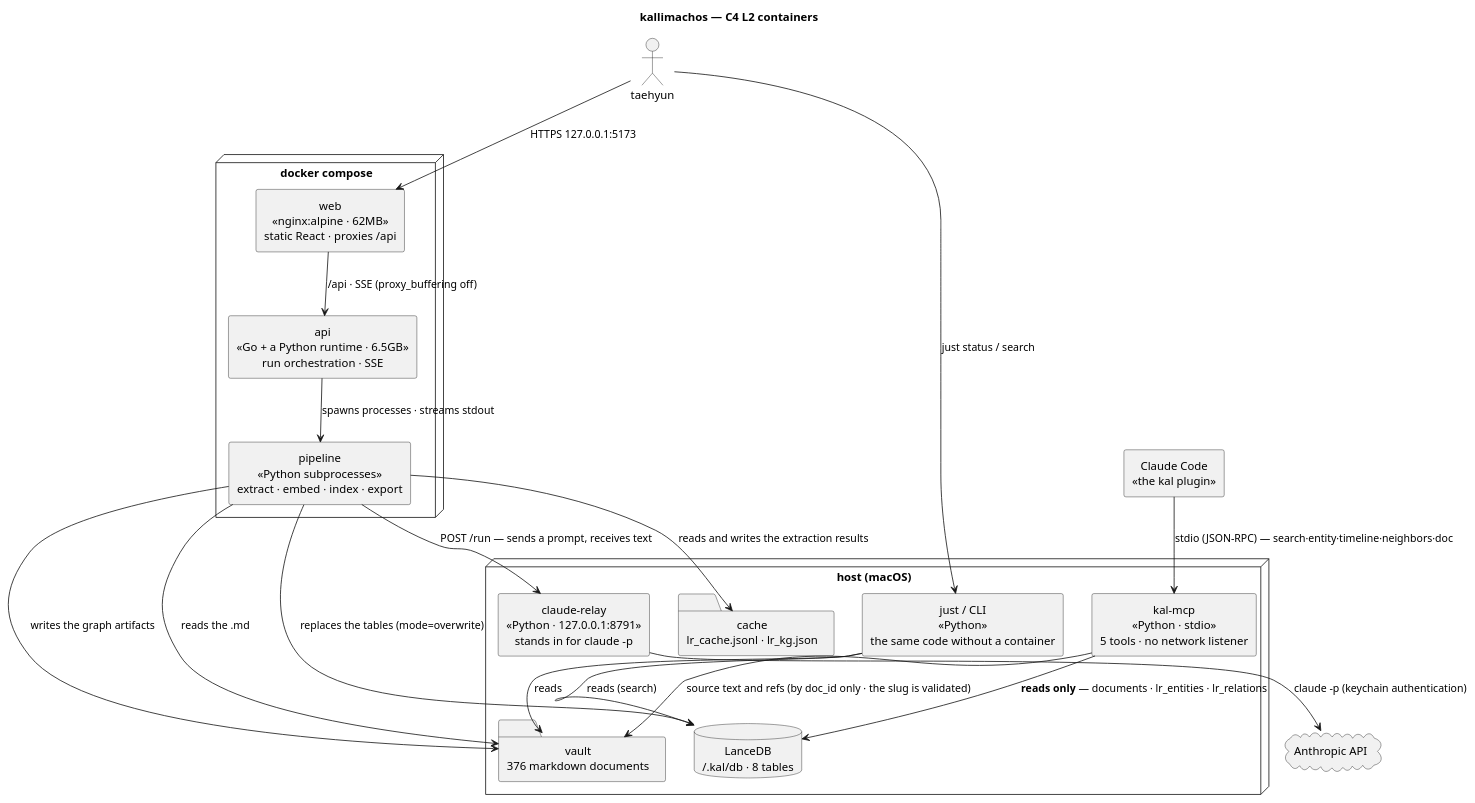
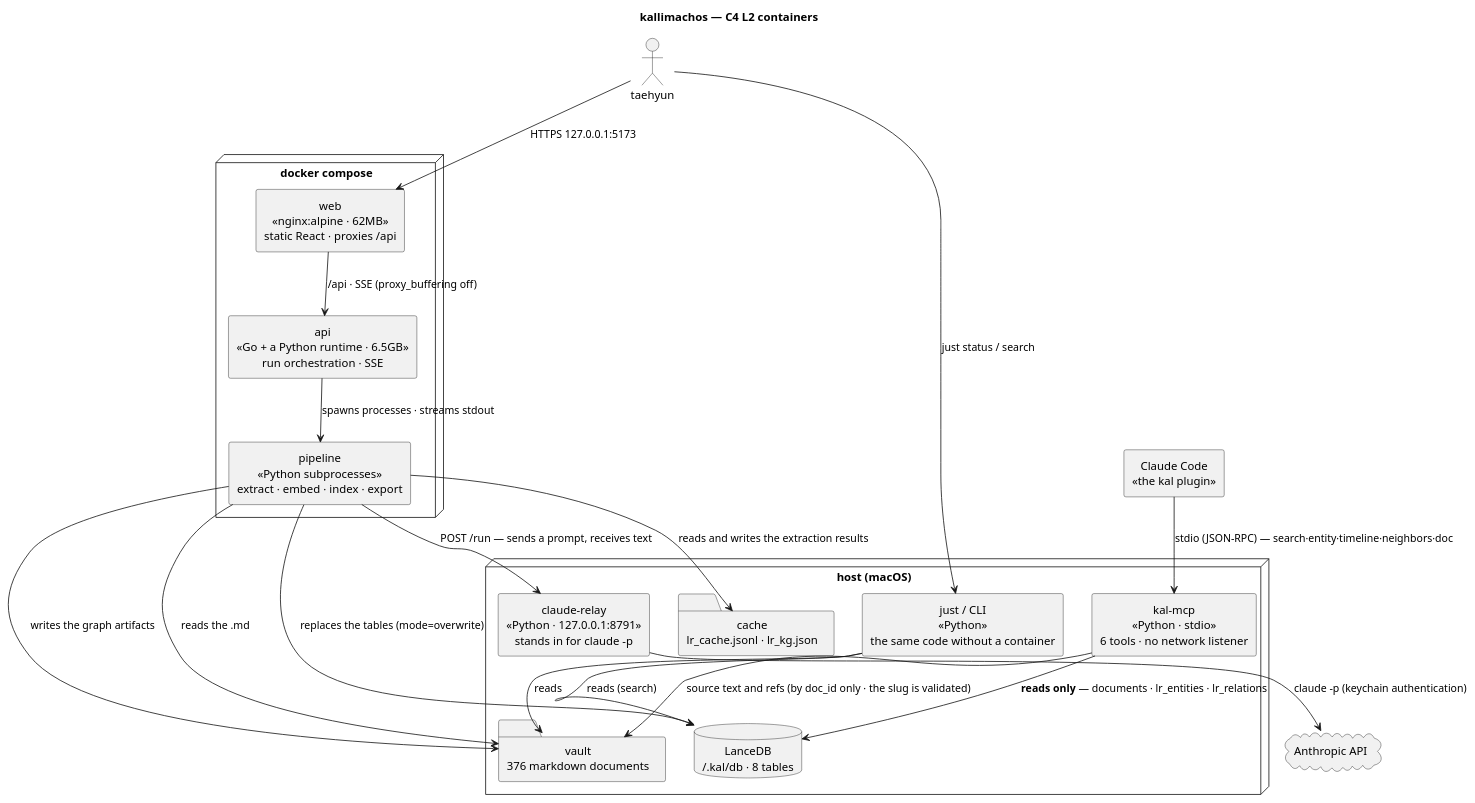
The second of 12 diagrams in docs/ARCHITECTURE.md (HwangTaehyun/kallimachos), drawn with PlantUML before and after one commit. The commit also changed other lines of this file and 12 other files, not shown here.

````diff
--- a/docs/ARCHITECTURE.md
+++ b/docs/ARCHITECTURE.md
@@ -53,46 +53,46 @@
 ```plantuml
 @startuml
 title kallimachos — C4 L2 containers
 
 skinparam componentStyle rectangle
 skinparam defaultTextAlignment center
 
 actor taehyun as U
 
 node "docker compose" {
   component "web\n<<nginx:alpine · 62MB>>\nstatic React · proxies /api" as WEB
   component "api\n<<Go + a Python runtime · 6.5GB>>\nrun orchestration · SSE" as API
   component "pipeline\n<<Python subprocesses>>\nextract · embed · index · export" as PIPE
 }
 
 node "host (macOS)" {
   component "claude-relay\n<<Python · 127.0.0.1:8791>>\nstands in for claude -p" as RELAY
   component "just / CLI\n<<Python>>\nthe same code without a container" as CLI
-  component "kal-mcp\n<<Python · stdio>>\n5 tools · no network listener" as MCP
+  component "kal-mcp\n<<Python · stdio>>\n6 tools · no network listener" as MCP
   database "LanceDB\n~/.kal/db · 8 tables" as LANCE
   folder "vault\n376 markdown documents" as VAULT
   folder "cache\nlr_cache.jsonl · lr_kg.json" as CACHE
 }
 
 cloud "Anthropic API" as AN
 component "Claude Code\n<<the kal plugin>>" as CC
 
 U --> WEB : HTTPS 127.0.0.1:5173
 U --> CLI : just status / search
 CC --> MCP : stdio (JSON-RPC) — search·entity·timeline·neighbors·doc
 WEB --> API : /api · SSE (proxy_buffering off)
 API --> PIPE : spawns processes · streams stdout
 
 PIPE --> VAULT : reads the .md
 PIPE --> LANCE : replaces the tables (mode=overwrite)
 PIPE --> CACHE : reads and writes the extraction results
 PIPE --> VAULT : writes the graph artifacts
 CLI --> LANCE : reads (search)
 CLI --> VAULT : reads
 MCP --> LANCE : **reads only** — documents · lr_entities · lr_relations
 MCP --> VAULT : source text and refs (by doc_id only · the slug is validated)
 
 PIPE --> RELAY : POST /run — sends a prompt, receives text
 RELAY --> AN : claude -p (keychain authentication)
 @enduml
 ```
````
